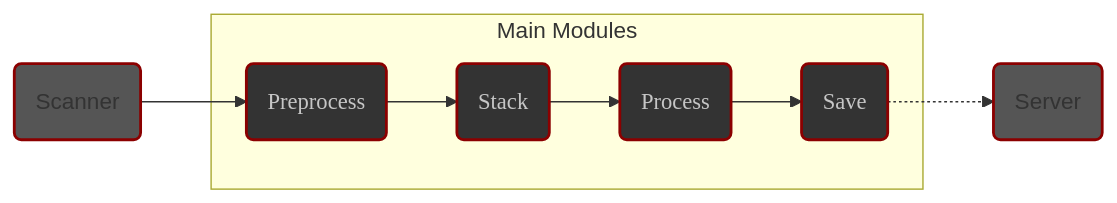
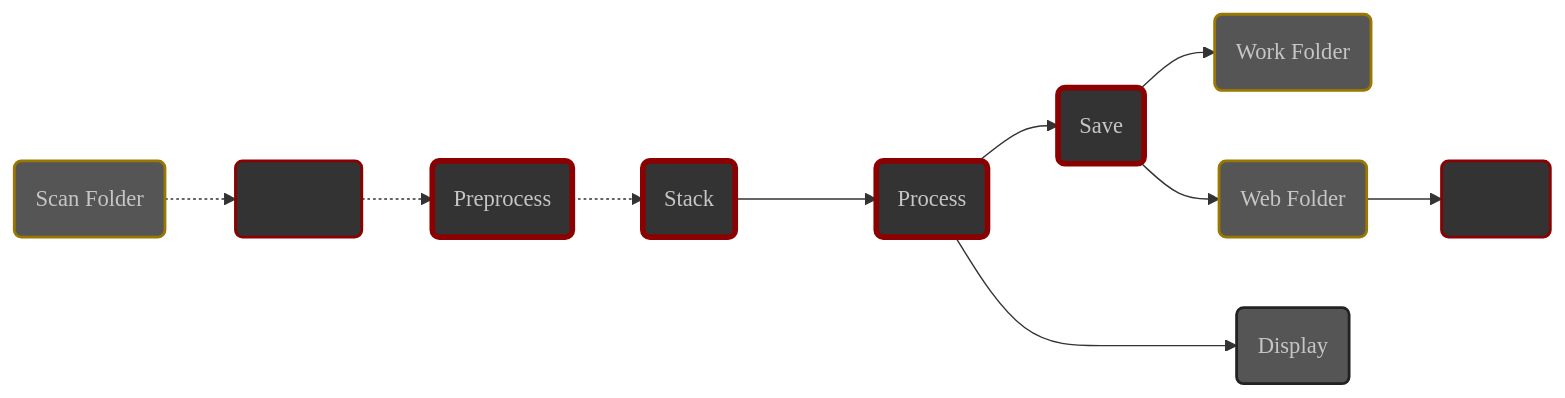
One commit to deufrai/als changed the diagram in content/en/docs/v0.7/userguide/concepts.md. Above: the diagram before and after it, drawn with Mermaid. The commit also changed other lines of this file and 1 other file, not shown here.

Commit message:
awesome new image flow graph

````diff
--- a/content/en/docs/v0.7/userguide/concepts.md
+++ b/content/en/docs/v0.7/userguide/concepts.md
@@ -37,17 +37,30 @@
 ```mermaid
 graph LR
-subgraph Main Modules
-    B(Preprocess) --> C(Stack)
-    C --> D(Process)
-    D --> E(Save)
-end
-A(Scanner) --> B
-E -.-> F(Server)
 
-style A fill:#555,stroke:darkred,stroke-width:2px
-style B fill:#333,stroke:darkred,stroke-width:2px,color:#c6c6c6,font-family:'Poppins',sans-serif
-style C fill:#333,stroke:darkred,stroke-width:2px,color:#c6c6c6,font-family:'Poppins',sans-serif
-style D fill:#333,stroke:darkred,stroke-width:2px,color:#c6c6c6,font-family:'Poppins',sans-serif
-style E fill:#333,stroke:darkred,stroke-width:2px,color:#c6c6c6,font-family:'Poppins',sans-serif
-style F fill:#555,stroke:darkred,stroke-width:2px
+        B(Preprocess) -.-> C(Stack)
+        C ---> D(Process)
+        D --> E(Save)
+
+
+    S(Scan Folder) -.-> A(Scanner)        
+    A -.-> B
+    E --> F(Work Folder)
+    E --> G(Web Folder)
+    G --> H(Server)
+    D ---> I(Display)
+
+
+    style A fill:#333,stroke:darkred,stroke-width:2px
+    style B fill:#333,stroke:darkred,stroke-width:4px,color:#c6c6c6,font-family:'Poppins',sans-serif
+    style C fill:#333,stroke:darkred,stroke-width:4px,color:#c6c6c6,font-family:'Poppins',sans-serif
+    style D fill:#333,stroke:darkred,stroke-width:4px,color:#c6c6c6,font-family:'Poppins',sans-serif
+    style E fill:#333,stroke:darkred,stroke-width:4px,color:#c6c6c6,font-family:'Poppins',sans-serif
+
+    style F fill:#555,stroke:#970,stroke-width:2px,color:#c6c6c6,font-family:'Poppins',sans-serif
+    style G fill:#555,stroke:#970,stroke-width:2px,color:#c6c6c6,font-family:'Poppins',sans-serif
+    style S fill:#555,stroke:#970,stroke-width:2px,color:#c6c6c6,font-family:'Poppins',sans-serif
+    
+    style I fill:#555,stroke:#222,stroke-width:2px,color:#c6c6c6,font-family:'Poppins',sans-serif
+
+    style H fill:#333,stroke:darkred,stroke-width:2px
 ```
````
